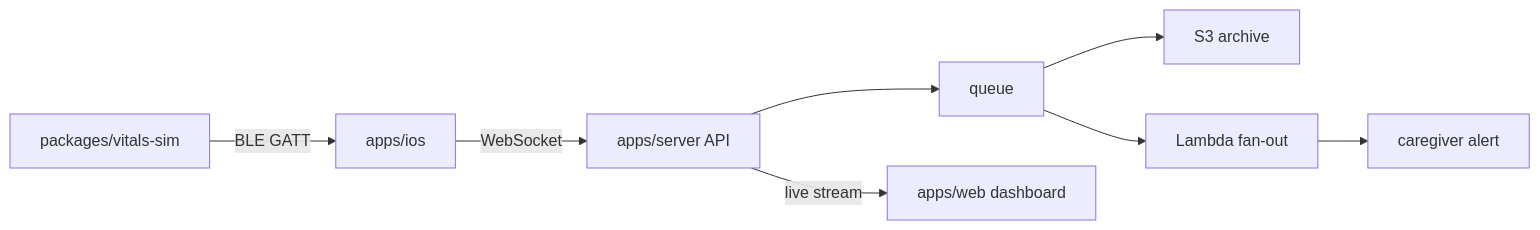
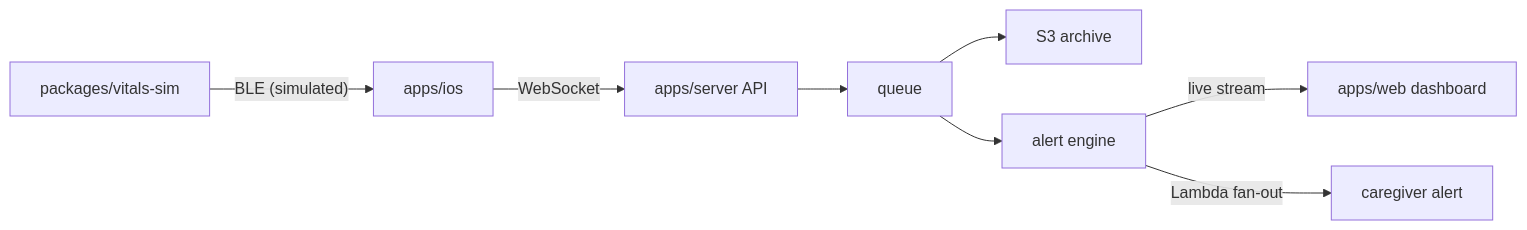
Before and after one commit to sebkoo/maekbeat: the diagram in README.md, drawn with Mermaid. The commit also changed other lines of this file and 3 other files, not shown here.

````diff
--- a/README.md
+++ b/README.md
@@ -21,10 +21,10 @@
 ```mermaid
 flowchart LR
-  SIM["packages/vitals-sim"] -->|"BLE GATT"| IOS["apps/ios"]
+  SIM["packages/vitals-sim"] -->|"BLE (simulated)"| IOS["apps/ios"]
   IOS -->|"WebSocket"| API["apps/server API"]
   API --> Q["queue"]
   Q --> S3["S3 archive"]
-  Q --> FAN["Lambda fan-out"]
-  FAN --> ALERT["caregiver alert"]
-  API -->|"live stream"| WEB["apps/web dashboard"]
+  Q --> AL["alert engine"]
+  AL -->|"live stream"| WEB["apps/web dashboard"]
+  AL -->|"Lambda fan-out"| ALERT["caregiver alert"]
 ```
````
